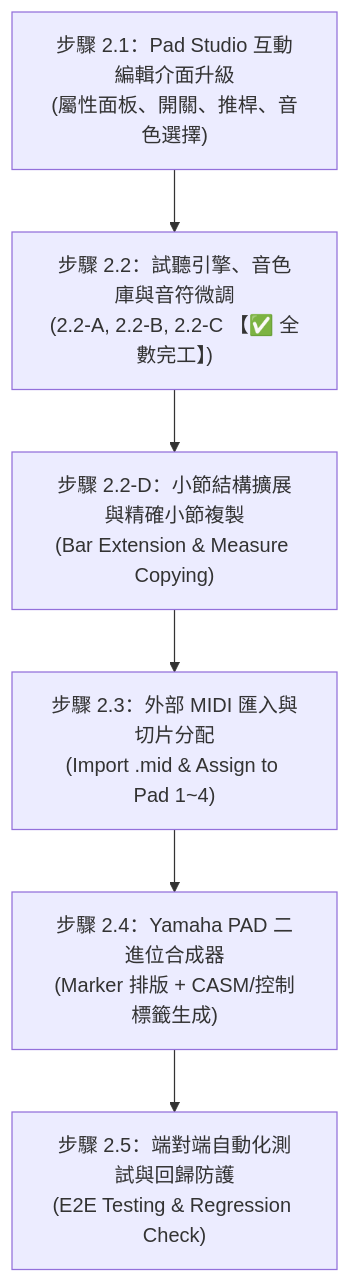
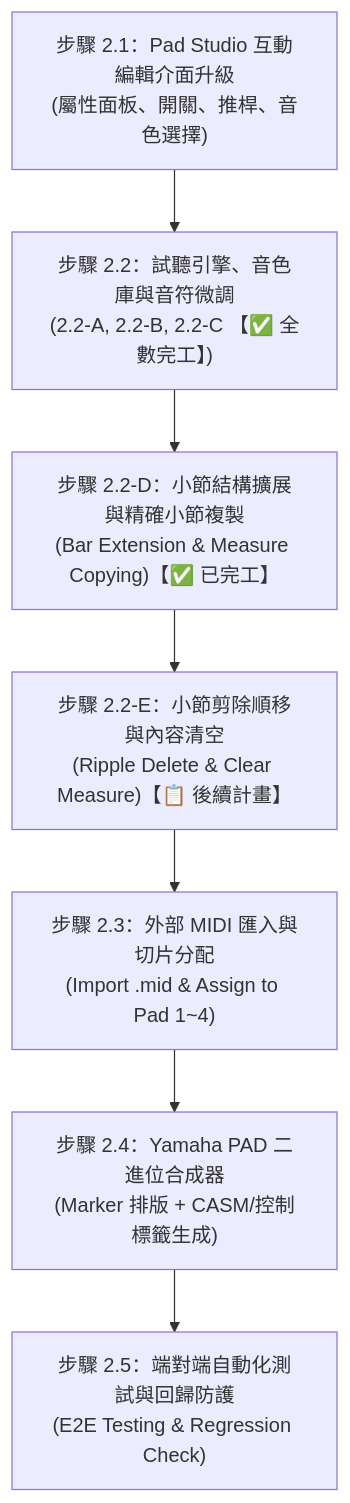
Before and after one commit to CMChen59/Yamaha-Midi-Edit: the diagram in PHASE_2_PLAN.md, drawn with Mermaid. The commit also changed other lines of this file and 1 other file, not shown here.

Commit message:
docs: add Step 2.2-E (Ripple Delete & Clear Measure) to future execution plan

````diff
--- a/PHASE_2_PLAN.md
+++ b/PHASE_2_PLAN.md
@@ -17,8 +17,9 @@
 ```mermaid
 flowchart TD
     Step21["步驟 2.1：Pad Studio 互動編輯介面升級<br/>(屬性面板、開關、推桿、音色選擇)"] --> Step22["步驟 2.2：試聽引擎、音色庫與音符微調<br/>(2.2-A, 2.2-B, 2.2-C 【✅ 全數完工】)"]
-    Step22 --> Step22_D["步驟 2.2-D：小節結構擴展與精確小節複製<br/>(Bar Extension & Measure Copying)"]
-    Step22_D --> Step23["步驟 2.3：外部 MIDI 匯入與切片分配<br/>(Import .mid & Assign to Pad 1~4)"]
+    Step22 --> Step22_D["步驟 2.2-D：小節結構擴展與精確小節複製<br/>(Bar Extension & Measure Copying)【✅ 已完工】"]
+    Step22_D --> Step22_E["步驟 2.2-E：小節剪除順移與內容清空<br/>(Ripple Delete & Clear Measure)【📋 後續計畫】"]
+    Step22_E --> Step23["步驟 2.3：外部 MIDI 匯入與切片分配<br/>(Import .mid & Assign to Pad 1~4)"]
     Step23 --> Step24["步驟 2.4：Yamaha PAD 二進位合成器<br/>(Marker 排版 + CASM/控制標籤生成)"]
     Step24 --> Step25["步驟 2.5：端對端自動化測試與回歸防護<br/>(E2E Testing & Regression Check)"]
 ```
````
